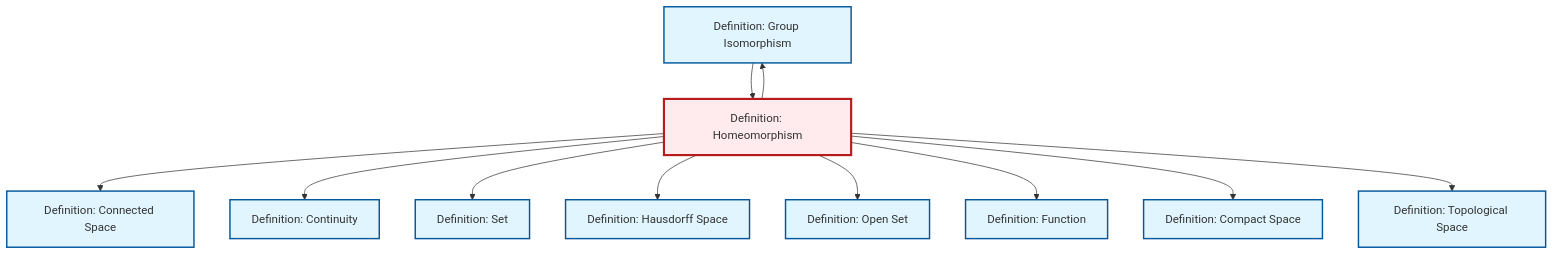
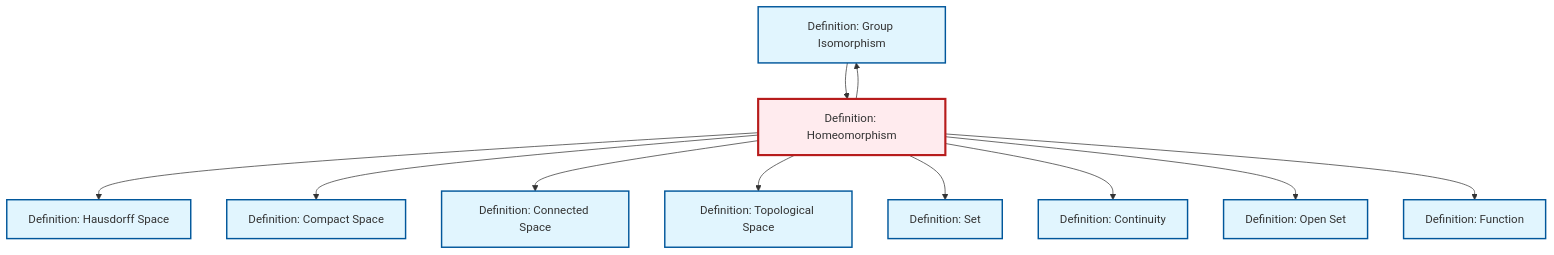
Before and after one commit to RK0429/ModernMath: the diagram in content/ja/topology/def-homeomorphism.qmd, drawn with Mermaid. The commit also changed other lines of this file and 597 other files, not shown here.

````diff
--- a/content/ja/topology/def-homeomorphism.qmd
+++ b/content/ja/topology/def-homeomorphism.qmd
@@ -102,39 +102,39 @@
 ```{mermaid}
 %%| fig-cap: "Local dependency graph"
 graph TD
     classDef definition fill:#e1f5fe,stroke:#01579b,stroke-width:2px
     classDef theorem fill:#f3e5f5,stroke:#4a148c,stroke-width:2px
     classDef axiom fill:#fff3e0,stroke:#e65100,stroke-width:2px
     classDef example fill:#e8f5e9,stroke:#1b5e20,stroke-width:2px
     classDef current fill:#ffebee,stroke:#b71c1c,stroke-width:3px
+    def-compact["Definition: Compact Space"]:::definition
+    def-hausdorff["Definition: Hausdorff Space"]:::definition
+    def-function["Definition: Function"]:::definition
+    def-isomorphism["Definition: Group Isomorphism"]:::definition
+    def-set["Definition: Set"]:::definition
+    def-homeomorphism["Definition: Homeomorphism"]:::definition
     def-connected["Definition: Connected Space"]:::definition
-    def-compact["Definition: Compact Space"]:::definition
-    def-function["Definition: Function"]:::definition
-    def-hausdorff["Definition: Hausdorff Space"]:::definition
+    def-topological-space["Definition: Topological Space"]:::definition
     def-open-set["Definition: Open Set"]:::definition
-    def-topological-space["Definition: Topological Space"]:::definition
-    def-isomorphism["Definition: Group Isomorphism"]:::definition
-    def-homeomorphism["Definition: Homeomorphism"]:::definition
-    def-set["Definition: Set"]:::definition
     def-continuity["Definition: Continuity"]:::definition
+    def-homeomorphism --> def-hausdorff
+    def-homeomorphism --> def-compact
+    def-homeomorphism --> def-isomorphism
+    def-isomorphism --> def-homeomorphism
     def-homeomorphism --> def-connected
+    def-homeomorphism --> def-topological-space
+    def-homeomorphism --> def-set
     def-homeomorphism --> def-continuity
-    def-homeomorphism --> def-set
-    def-homeomorphism --> def-hausdorff
-    def-homeomorphism --> def-isomorphism
     def-homeomorphism --> def-open-set
     def-homeomorphism --> def-function
-    def-homeomorphism --> def-compact
-    def-isomorphism --> def-homeomorphism
-    def-homeomorphism --> def-topological-space
     class def-homeomorphism current
-    click def-connected "def-connected.html" "Definition: Connected Spaceへ"
     click def-compact "def-compact.html" "Definition: Compact Spaceへ"
+    click def-hausdorff "def-hausdorff.html" "Definition: Hausdorff Spaceへ"
     click def-function "def-function.html" "Definition: Functionへ"
-    click def-hausdorff "def-hausdorff.html" "Definition: Hausdorff Spaceへ"
-    click def-open-set "def-open-set.html" "Definition: Open Setへ"
-    click def-topological-space "def-topological-space.html" "Definition: Topological Spaceへ"
     click def-isomorphism "def-isomorphism.html" "Definition: Group Isomorphismへ"
     click def-set "def-set.html" "Definition: Setへ"
+    click def-connected "def-connected.html" "Definition: Connected Spaceへ"
+    click def-topological-space "def-topological-space.html" "Definition: Topological Spaceへ"
+    click def-open-set "def-open-set.html" "Definition: Open Setへ"
     click def-continuity "def-continuity.html" "Definition: Continuityへ"
 ```
````
